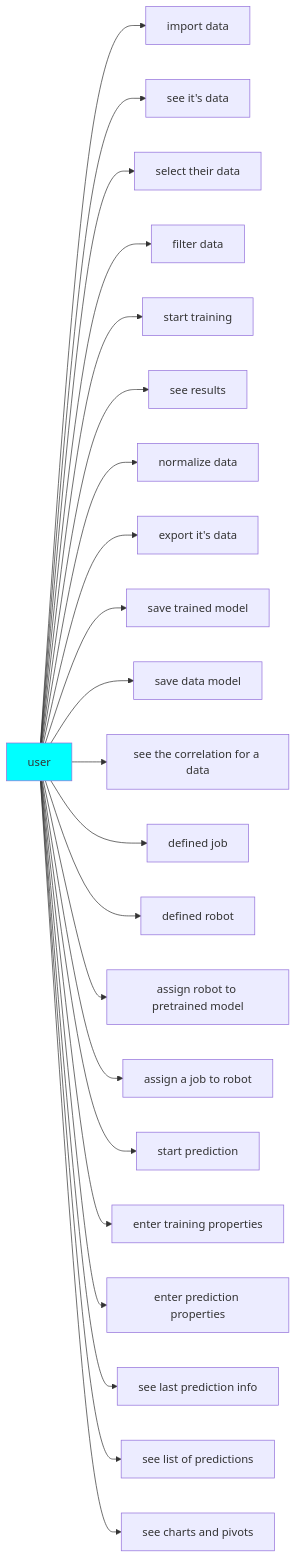
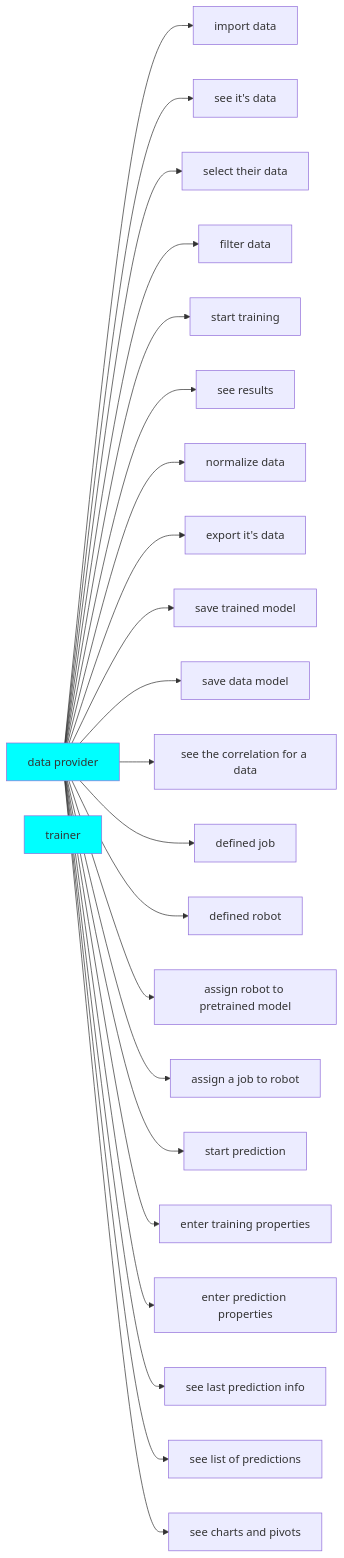
Before and after one commit to imiiii/Wiki-For-ML-Project: the third of 3 diagrams in Test/SubPage.md, drawn with Mermaid.

Commit message:
Updated SubPage

```diff
--- a/Test/SubPage.md
+++ b/Test/SubPage.md
@@ -26,27 +26,29 @@
 ::: mermaid
 graph LR;
 style id1 fill:#00FFFF
-    id1[user]  
+style xd1 fill:#00FFFF
+xd1[trainer]
+    id1[data provider]  
 id1 --> id2[import data]
 id1-->id3[see it's data]
 id1-->id4[select their data]
 id1-->id5[filter data]
 id1-->id6[start training]
 id1-->id7[see results]
 id1-->id8[normalize data]
 id1-->id9[export it's data]
 id1-->id10[save trained model]
 id1-->id11[save data model]
 id1-->id12[see the correlation for a data]
 id1-->id13[defined job]
 id1-->id14[defined robot]
 id1-->id15[assign robot to pretrained model]
 id1-->id16[assign a job to robot]
 id1-->id17[start prediction]
 id1-->id18[enter training properties]
 id1-->id19[enter prediction properties]
 id1-->id20[see last prediction info]
 id1-->id21[see list of predictions]
 id1-->id22[see charts and pivots]
 
 :::
```
